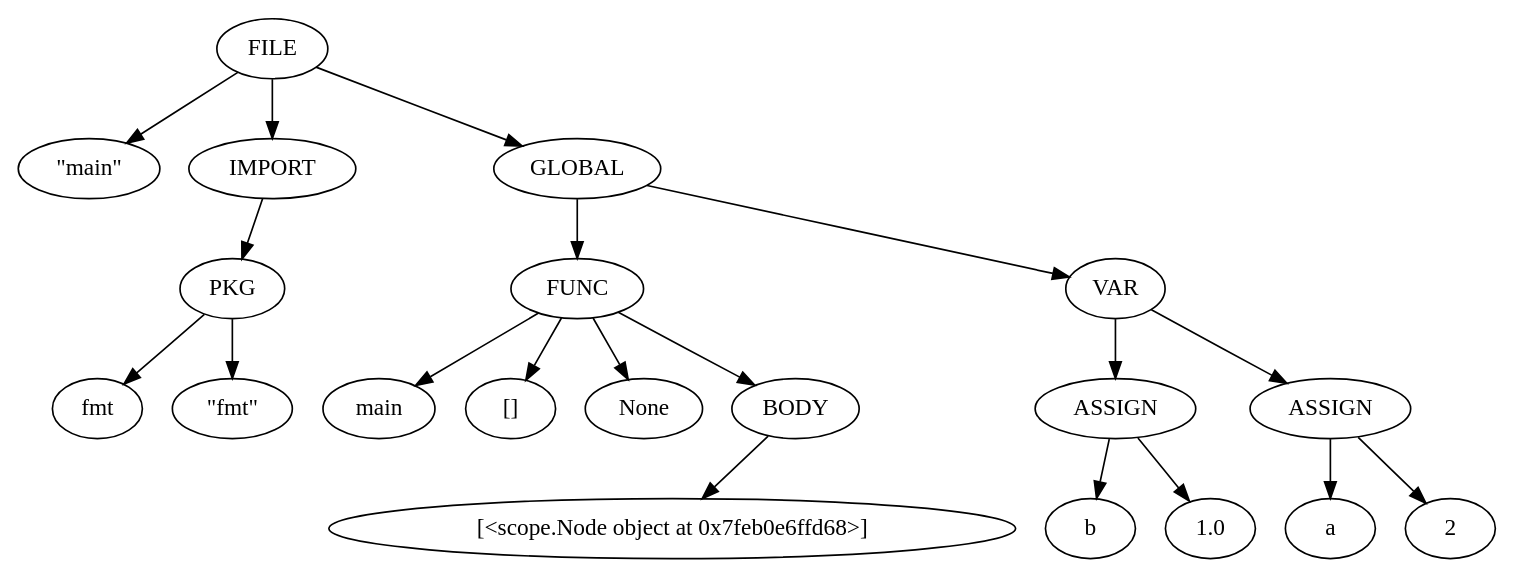
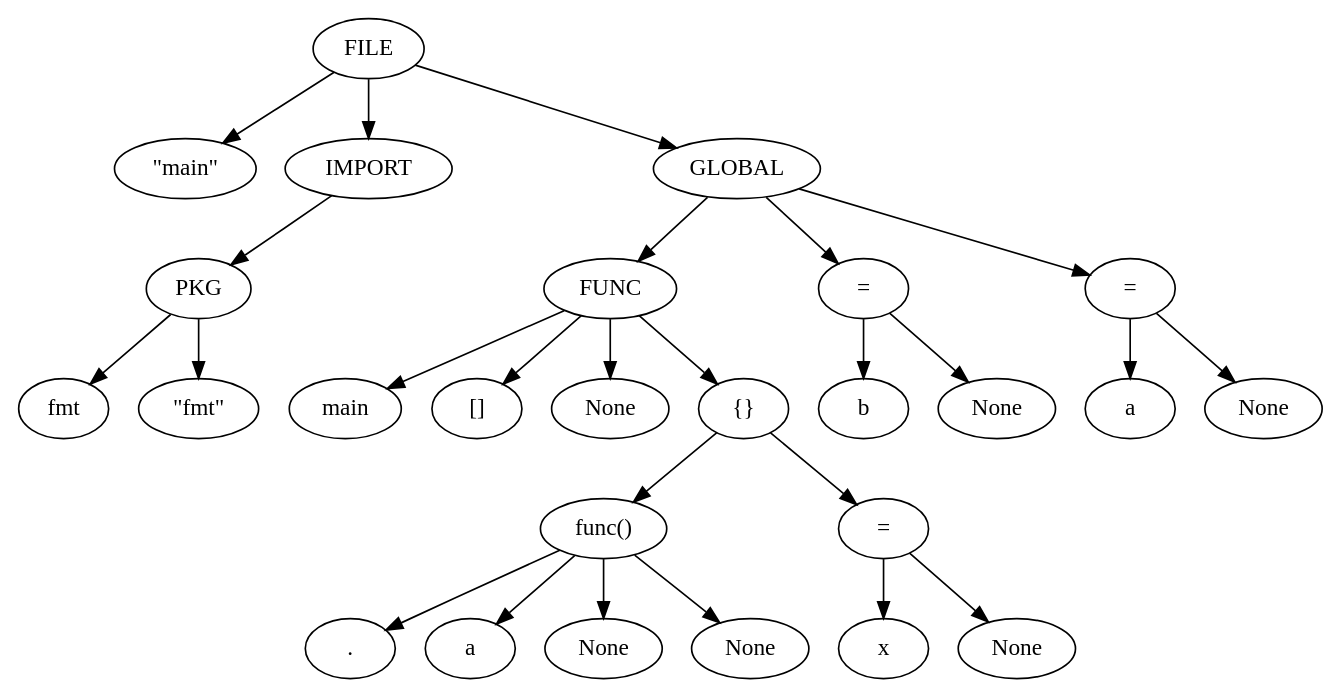
One commit to devanshusingla/GIPSC changed the diagram in test.dot. Above: the diagram before and after it, drawn with Graphviz. The commit also changed 4 other files, not shown here.

```diff
--- a/test.dot
+++ b/test.dot
@@ -1,22 +1,28 @@
 digraph G {
 	0 -> 1;
 	0 -> 2;
 	2 -> 3;
 	3 -> 4;
 	3 -> 5;
 	0 -> 6;
 	6 -> 7;
 	7 -> 8;
 	7 -> 9;
 	7 -> 10;
 	7 -> 11;
 	11 -> 12;
-	6 -> 13;
-	13 -> 14;
-	14 -> 15;
-	14 -> 16;
-	13 -> 17;
+	12 -> 13;
+	12 -> 14;
+	12 -> 15;
+	12 -> 16;
+	11 -> 17;
 	17 -> 18;
 	17 -> 19;
-	0 [label=FILE];	1 [label="\"main\""];	2 [label="IMPORT"];	3 [label="PKG"];	4 [label="fmt"];	5 [label="\"fmt\""];	6 [label="GLOBAL"];	7 [label="FUNC"];	8 [label="main"];	9 [label="[]"];	10 [label="None"];	11 [label="BODY"];	12 [label="[<scope.Node object at 0x7feb0e6ffd68>]"];	13 [label="VAR"];	14 [label="ASSIGN"];	15 [label="b"];	16 [label="1.0"];	17 [label="ASSIGN"];	18 [label="a"];	19 [label="2"];
+	6 -> 20;
+	20 -> 21;
+	20 -> 22;
+	6 -> 23;
+	23 -> 24;
+	23 -> 25;
+	0 [label=FILE];	1 [label="\"main\""];	2 [label="IMPORT"];	3 [label="PKG"];	4 [label="fmt"];	5 [label="\"fmt\""];	6 [label="GLOBAL"];	7 [label="FUNC"];	8 [label="main"];	9 [label="[]"];	10 [label="None"];	11 [label="{}"];	12 [label="func()"];	13 [label="."];	14 [label="a"];	15 [label="None"];	16 [label="None"];	17 [label="="];	18 [label="x"];	19 [label="None"];	20 [label="="];	21 [label="b"];	22 [label="None"];	23 [label="="];	24 [label="a"];	25 [label="None"];
 }
```
